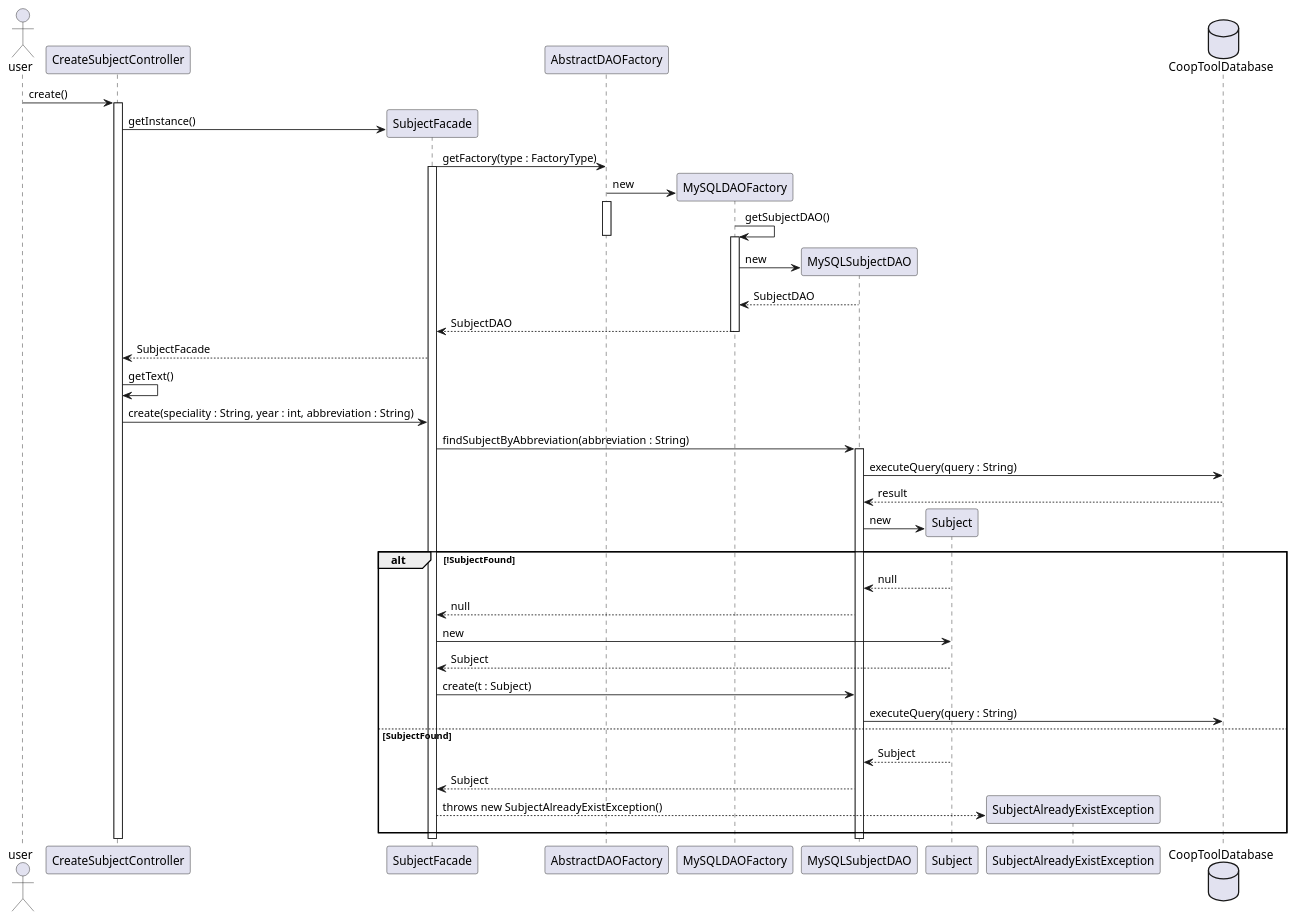
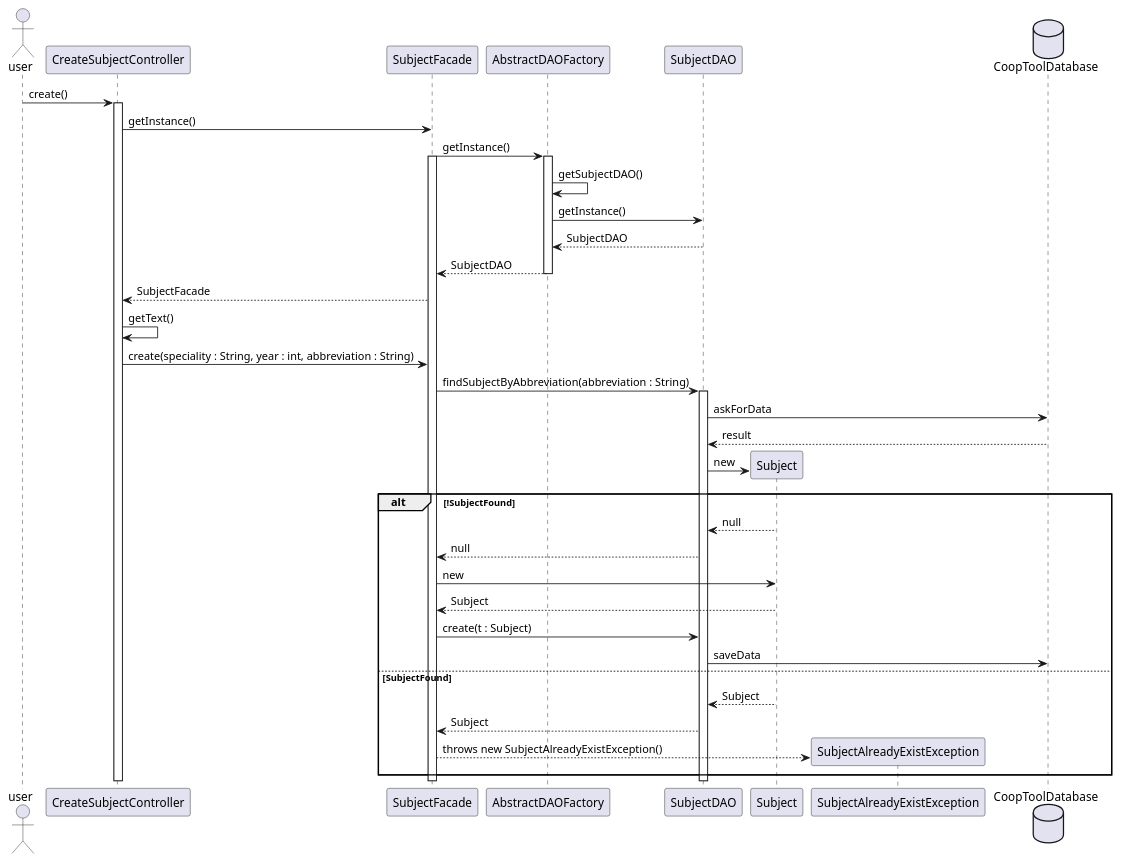
Before and after one commit to Guillaume-Dufour/coopToolProject: the diagram in ext/sequenceDiag/subjectManagementDiagram.puml, drawn with PlantUML.

Commit message:
subject seq diag ok

```diff
--- a/ext/sequenceDiag/subjectManagementDiagram.puml
+++ b/ext/sequenceDiag/subjectManagementDiagram.puml
@@ -1,58 +1,51 @@
 @startuml
 actor user
 participant CreateSubjectController
 participant SubjectFacade
 participant AbstractDAOFactory
-participant MySQLDAOFactory
-participant MySQLSubjectDAO
+participant SubjectDAO
 participant Subject
 participant SubjectAlreadyExistException
 database CoopToolDatabase
 
 user -> CreateSubjectController : create()
 activate CreateSubjectController
-create SubjectFacade
 CreateSubjectController -> SubjectFacade  : getInstance()
-SubjectFacade -> AbstractDAOFactory : getFactory(type : FactoryType)
+SubjectFacade -> AbstractDAOFactory : getInstance()
 activate SubjectFacade
-create MySQLDAOFactory
-AbstractDAOFactory -> MySQLDAOFactory : new
 activate AbstractDAOFactory
-MySQLDAOFactory -> MySQLDAOFactory : getSubjectDAO()
+AbstractDAOFactory -> AbstractDAOFactory : getSubjectDAO()
+AbstractDAOFactory -> SubjectDAO : getInstance()
+SubjectDAO --> AbstractDAOFactory : SubjectDAO
+AbstractDAOFactory --> SubjectFacade : SubjectDAO
 deactivate AbstractDAOFactory
-create MySQLSubjectDAO
-activate MySQLDAOFactory
-MySQLDAOFactory -> MySQLSubjectDAO : new
-MySQLSubjectDAO --> MySQLDAOFactory : SubjectDAO
-MySQLDAOFactory --> SubjectFacade : SubjectDAO
-deactivate MySQLDAOFactory
 SubjectFacade --> CreateSubjectController : SubjectFacade
 CreateSubjectController -> CreateSubjectController : getText()
 
 CreateSubjectController -> SubjectFacade : create(speciality : String, year : int, abbreviation : String)
-SubjectFacade -> MySQLSubjectDAO : findSubjectByAbbreviation(abbreviation : String)
-activate MySQLSubjectDAO
-MySQLSubjectDAO -> CoopToolDatabase : executeQuery(query : String)
-CoopToolDatabase --> MySQLSubjectDAO : result
+SubjectFacade -> SubjectDAO : findSubjectByAbbreviation(abbreviation : String)
+activate SubjectDAO
+SubjectDAO -> CoopToolDatabase : askForData
+CoopToolDatabase --> SubjectDAO : result
 create Subject
-MySQLSubjectDAO -> Subject: new
+SubjectDAO -> Subject: new
 
 alt !SubjectFound
-    Subject --> MySQLSubjectDAO : null
-    MySQLSubjectDAO --> SubjectFacade : null
+    Subject --> SubjectDAO : null
+    SubjectDAO --> SubjectFacade : null
     SubjectFacade -> Subject : new
     Subject --> SubjectFacade : Subject
-    SubjectFacade -> MySQLSubjectDAO : create(t : Subject)
-    MySQLSubjectDAO -> CoopToolDatabase : executeQuery(query : String)
+    SubjectFacade -> SubjectDAO : create(t : Subject)
+    SubjectDAO -> CoopToolDatabase : saveData
 else SubjectFound
-    Subject --> MySQLSubjectDAO : Subject
-    MySQLSubjectDAO --> SubjectFacade : Subject
+    Subject --> SubjectDAO : Subject
+    SubjectDAO --> SubjectFacade : Subject
     create SubjectAlreadyExistException
     SubjectFacade --> SubjectAlreadyExistException : throws new SubjectAlreadyExistException()
 end
 
 deactivate CreateSubjectController
 deactivate SubjectFacade
-deactivate MySQLSubjectDAO
+deactivate SubjectDAO
 
 @enduml
```
